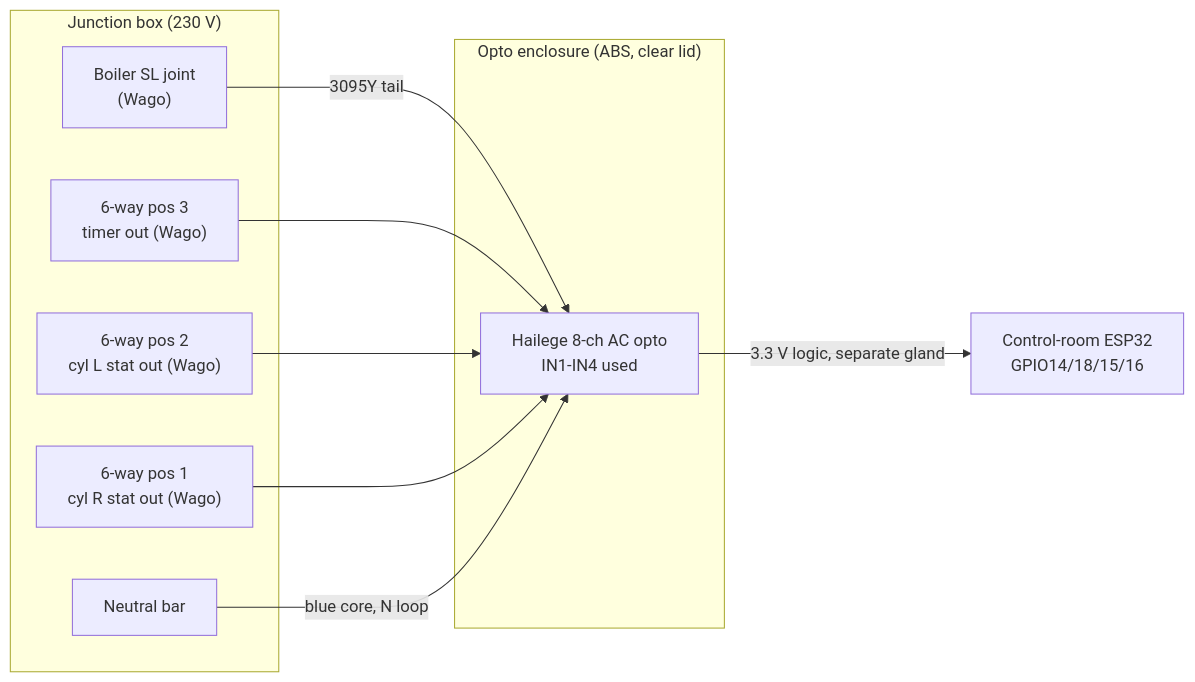
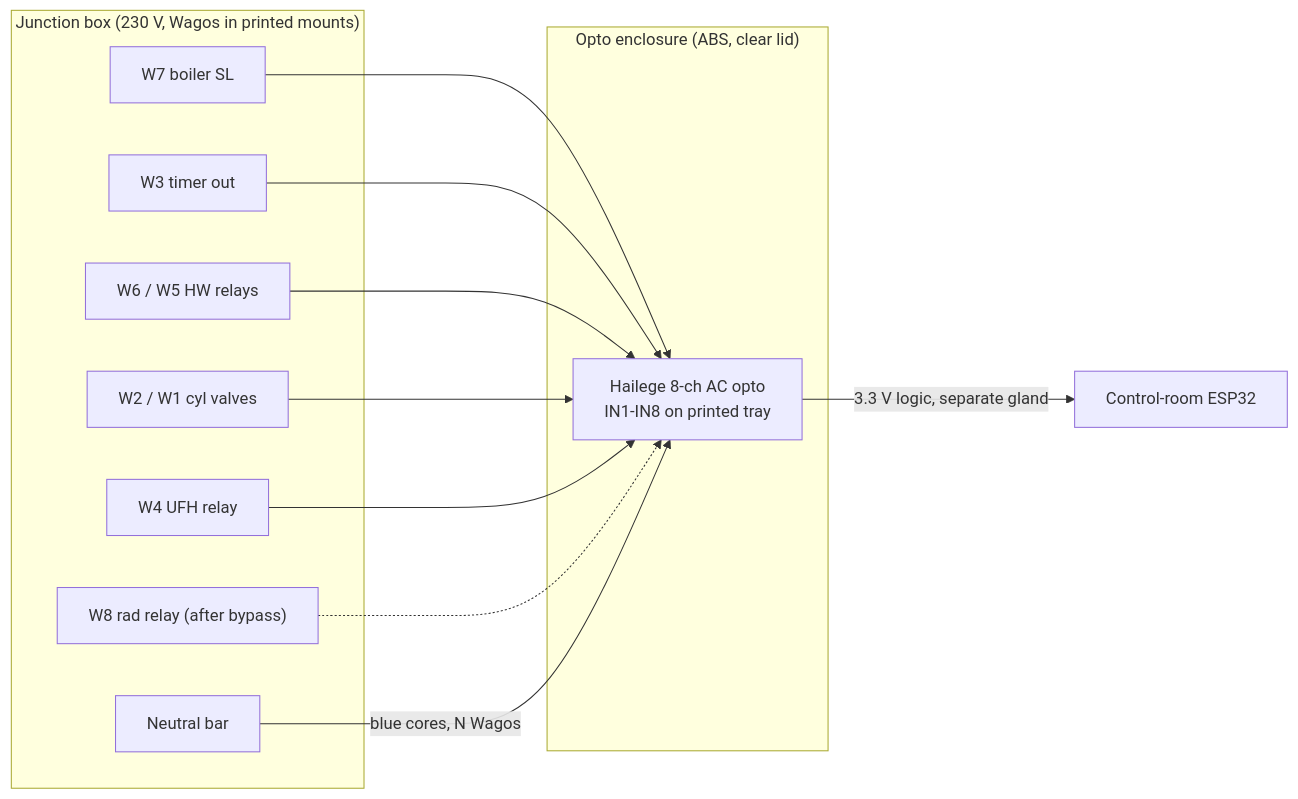
Before and after one commit to the-control-cabinet/heating-plant-monitoring-esphome: the diagram in docs/11-opto-board-installation.md, drawn with Mermaid. The commit also changed other lines of this file and 7 other files, not shown here.

Commit message:
Batch 2: gateway RF stall investigation and watchdog, opto board 8 inputs and tray v2, NTC filters, F1 evidence, ESPHome 2026.10.2, AiMesh records

````diff
--- a/docs/11-opto-board-installation.md
+++ b/docs/11-opto-board-installation.md
@@ -21,19 +24,23 @@
 ```mermaid
 flowchart LR
-    subgraph JB["Junction box (230 V)"]
-        SL["Boiler SL joint<br/>(Wago)"]
-        P3["6-way pos 3<br/>timer out (Wago)"]
-        P2["6-way pos 2<br/>cyl L stat out (Wago)"]
-        P1["6-way pos 1<br/>cyl R stat out (Wago)"]
+    subgraph JB["Junction box (230 V, Wagos in printed mounts)"]
+        W7["W7 boiler SL"]
+        W3["W3 timer out"]
+        W6["W6 / W5 HW relays"]
+        W2["W2 / W1 cyl valves"]
+        W4["W4 UFH relay"]
+        W8["W8 rad relay (after bypass)"]
         NB["Neutral bar"]
     end
     subgraph EN["Opto enclosure (ABS, clear lid)"]
-        OB["Hailege 8-ch AC opto<br/>IN1-IN4 used"]
+        OB["Hailege 8-ch AC opto<br/>IN1-IN8 on printed tray"]
     end
-    SL -->|"3095Y tail"| OB
-    P3 --> OB
-    P2 --> OB
-    P1 --> OB
-    NB -->|"blue core, N loop"| OB
-    OB -->|"3.3 V logic, separate gland"| ESP["Control-room ESP32<br/>GPIO14/18/15/16"]
+    W7 --> OB
+    W3 --> OB
+    W6 --> OB
+    W2 --> OB
+    W4 --> OB
+    W8 -.-> OB
+    NB -->|"blue cores, N Wagos"| OB
+    OB -->|"3.3 V logic, separate gland"| ESP["Control-room ESP32"]
 ```
````
